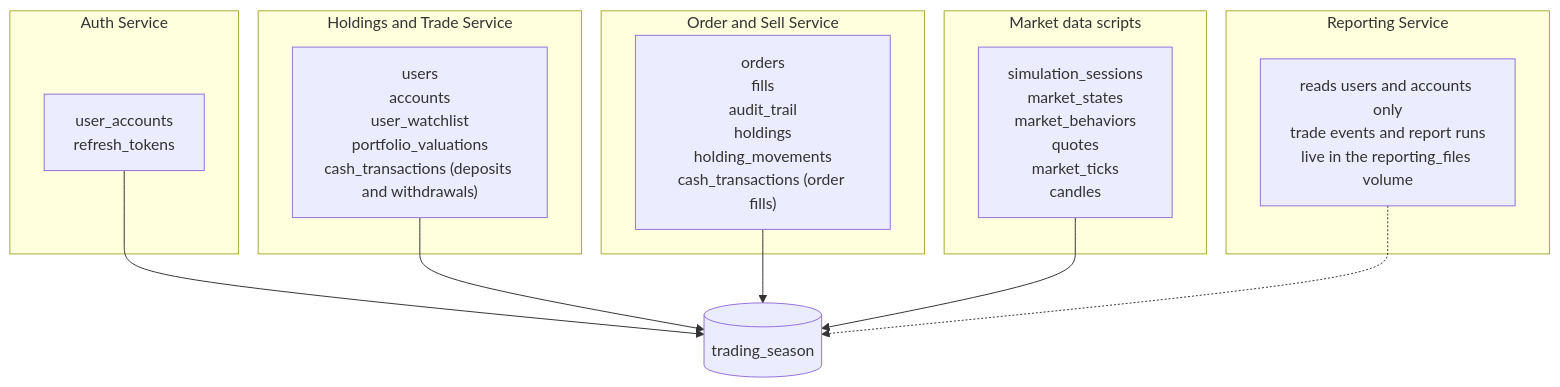
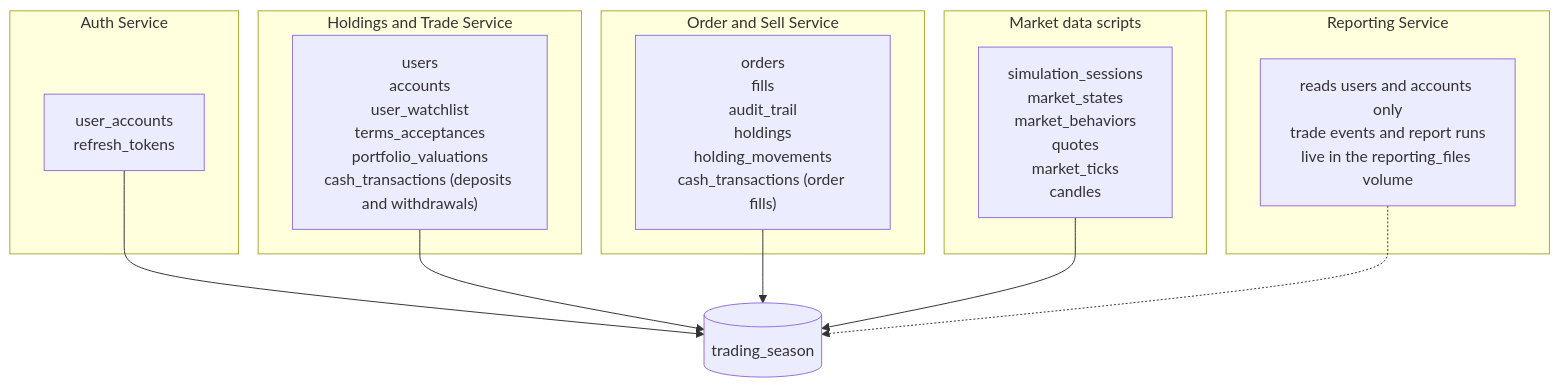
The fourth of 5 diagrams in README.md (seankcheema/trading-season), drawn with Mermaid before and after one commit. The commit also changed 7 other files, not shown here.

````diff
--- a/README.md
+++ b/README.md
@@ -123,24 +123,24 @@
 ```mermaid
 flowchart TB
     subgraph Auth["Auth Service"]
         A1["user_accounts<br/>refresh_tokens"]
     end
     subgraph HT["Holdings and Trade Service"]
-        H1["users<br/>accounts<br/>user_watchlist<br/>portfolio_valuations<br/>cash_transactions (deposits and withdrawals)"]
+        H1["users<br/>accounts<br/>user_watchlist<br/>terms_acceptances<br/>portfolio_valuations<br/>cash_transactions (deposits and withdrawals)"]
     end
     subgraph OS["Order and Sell Service"]
         O1["orders<br/>fills<br/>audit_trail<br/>holdings<br/>holding_movements<br/>cash_transactions (order fills)"]
     end
     subgraph MD["Market data scripts"]
         M1["simulation_sessions<br/>market_states<br/>market_behaviors<br/>quotes<br/>market_ticks<br/>candles"]
     end
     subgraph RS["Reporting Service"]
         R1["reads users and accounts only<br/>trade events and report runs<br/>live in the reporting_files volume"]
     end
     DB[("trading_season")]
     A1 --> DB
     H1 --> DB
     O1 --> DB
     M1 --> DB
     R1 -.-> DB
 ```
````
